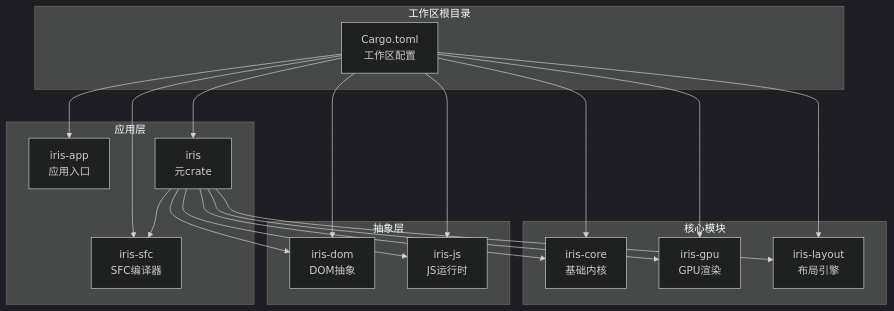
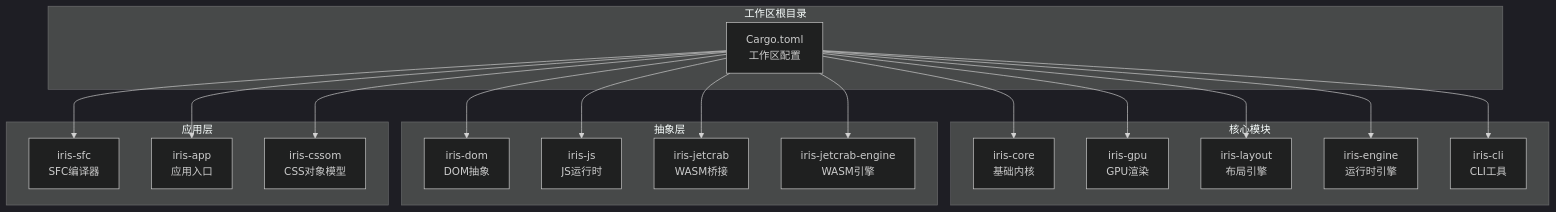
One commit to itszzl-sudo/iris changed the first of 20 diagrams in .qoder/repowiki/zh/content/技术架构详解/整体架构设计/Rust工作区架构.md. Above: the diagram before and after it, drawn with Mermaid (dark theme). The commit also changed other lines of this file and 11 other files, not shown here.

First line of the commit message:
feat: 实现 iris-jetcrab-engine WASM 导出接口

````diff
--- a/.qoder/repowiki/zh/content/技术架构详解/整体架构设计/Rust工作区架构.md
+++ b/.qoder/repowiki/zh/content/技术架构详解/整体架构设计/Rust工作区架构.md
@@ -56,34 +67,36 @@
 ```mermaid
 graph TB
 subgraph "工作区根目录"
 WS[Cargo.toml<br/>工作区配置]
 end
 subgraph "核心模块"
 CORE[iris-core<br/>基础内核]
 GPU[iris-gpu<br/>GPU渲染]
 LAYOUT[iris-layout<br/>布局引擎]
+ENGINE[iris-engine<br/>运行时引擎]
+CLI[iris-cli<br/>CLI工具]
 end
 subgraph "抽象层"
 DOM[iris-dom<br/>DOM抽象]
 JS[iris-js<br/>JS运行时]
+JETCRAB[iris-jetcrab<br/>WASM桥接]
+JETCRAB_ENGINE[iris-jetcrab-engine<br/>WASM引擎]
 end
 subgraph "应用层"
 SFC[iris-sfc<br/>SFC编译器]
 APP[iris-app<br/>应用入口]
-IRIS[iris<br/>元crate]
+CSSOM[iris-cssom<br/>CSS对象模型]
 end
 WS --> CORE
 WS --> GPU
 WS --> LAYOUT
+WS --> ENGINE
+WS --> CLI
 WS --> DOM
 WS --> JS
+WS --> JETCRAB
+WS --> JETCRAB_ENGINE
 WS --> SFC
 WS --> APP
-WS --> IRIS
-IRIS --> CORE
-IRIS --> GPU
-IRIS --> LAYOUT
-IRIS --> DOM
-IRIS --> JS
-IRIS --> SFC
+WS --> CSSOM
 ```
````
